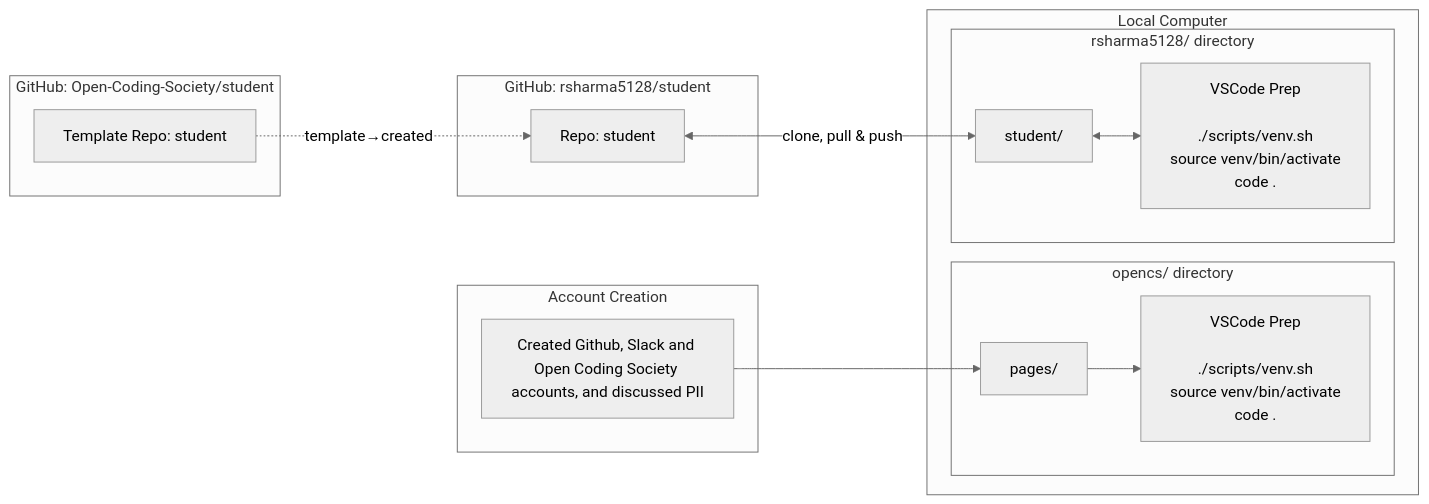
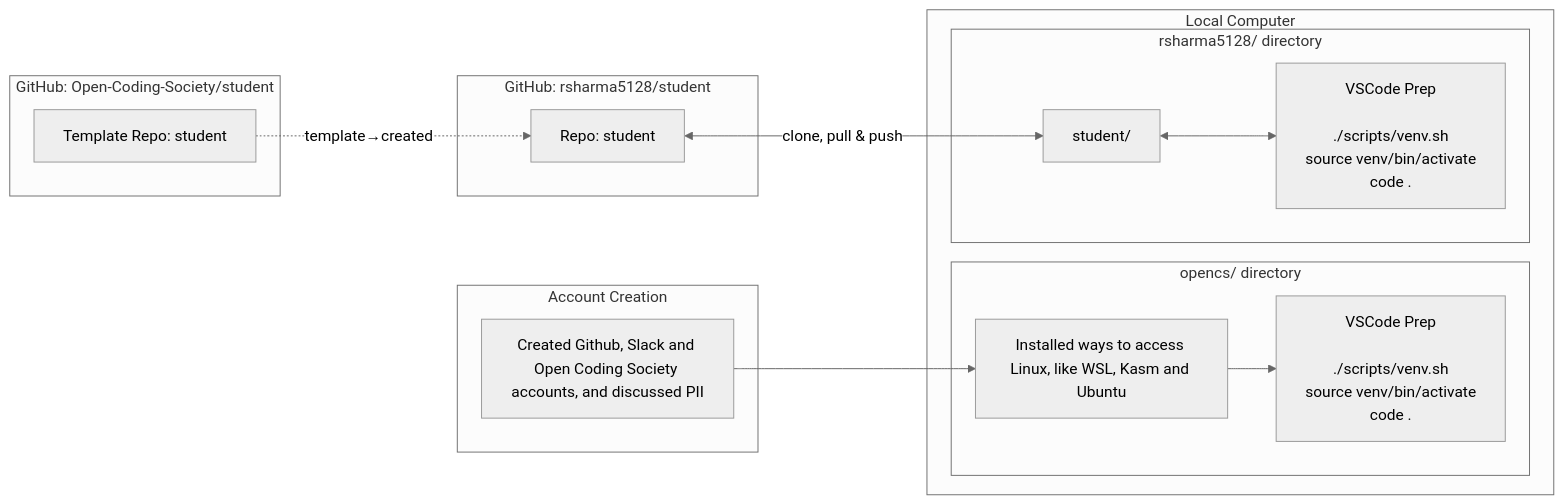
Before and after one commit to rsharma5128/student: the second of 2 diagrams in navigation/journey.md, drawn with Mermaid (neutral theme).

Commit message:
changing diagram

````diff
--- a/navigation/journey.md
+++ b/navigation/journey.md
@@ -59,39 +59,39 @@
 ```mermaid
 flowchart LR
     %% GitHub Sources
     subgraph GitHub_Pages[Account Creation]
         A[Created Github, Slack and Open Coding Society accounts, and discussed PII]:::repo
     end
 
     subgraph GitHub_Template[GitHub: Open-Coding-Society/student]
         T[Template Repo: student]:::repo
     end
 
     subgraph GitHub_Student[GitHub: rsharma5128/student]
         B[Repo: student]:::repo
     end
 
-    %% Local Computer
+    %% Operating system
     subgraph Local[Local Computer]
         subgraph opencs_dir[opencs/ directory]
-            C[pages/]:::local
+            C[Installed ways to access Linux, like WSL, Kasm and Ubuntu]:::local
             Ccmd[VSCode Prep<br/><br/>./scripts/venv.sh<br/>source venv/bin/activate<br/>code .]:::cmd
         end
         subgraph user_dir[rsharma5128/ directory]
             D[student/]:::local
             Dcmd[VSCode Prep<br/><br/>./scripts/venv.sh<br/>source venv/bin/activate<br/>code .]:::cmd
         end
     end
 
     %% Arrows: cloning
     A --> C
     B <--> |clone, pull & push| D
 
     %% Arrows: template relationship
     T -.->|template→created| B
 
     %% Arrows: commands
     C --> Ccmd
     D <--> Dcmd
 
 ```
````
